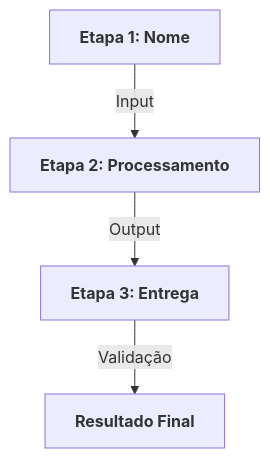
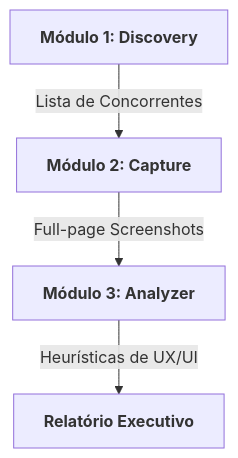
The diagram in README.md (willerjhonas/CRO-Master-Pro-v2.0), drawn with Mermaid before and after one commit. The commit also changed other lines of this file and 105 other files, not shown here.

````diff
--- a/README.md
+++ b/README.md
@@ -13,6 +13,6 @@
 ```mermaid
 graph TD
-    A[<b>Etapa 1: Nome</b>] -->|Input| B[<b>Etapa 2: Processamento</b>]
-    B -->|Output| C[<b>Etapa 3: Entrega</b>]
-    C -->|Validação| D[<b>Resultado Final</b>]
+    A[<b>Módulo 1: Discovery</b>] -->|Lista de Concorrentes| B[<b>Módulo 2: Capture</b>]
+    B -->|Full-page Screenshots| C[<b>Módulo 3: Analyzer</b>]
+    C -->|Heurísticas de UX/UI| D[<b>Relatório Executivo</b>]
 ```
````
